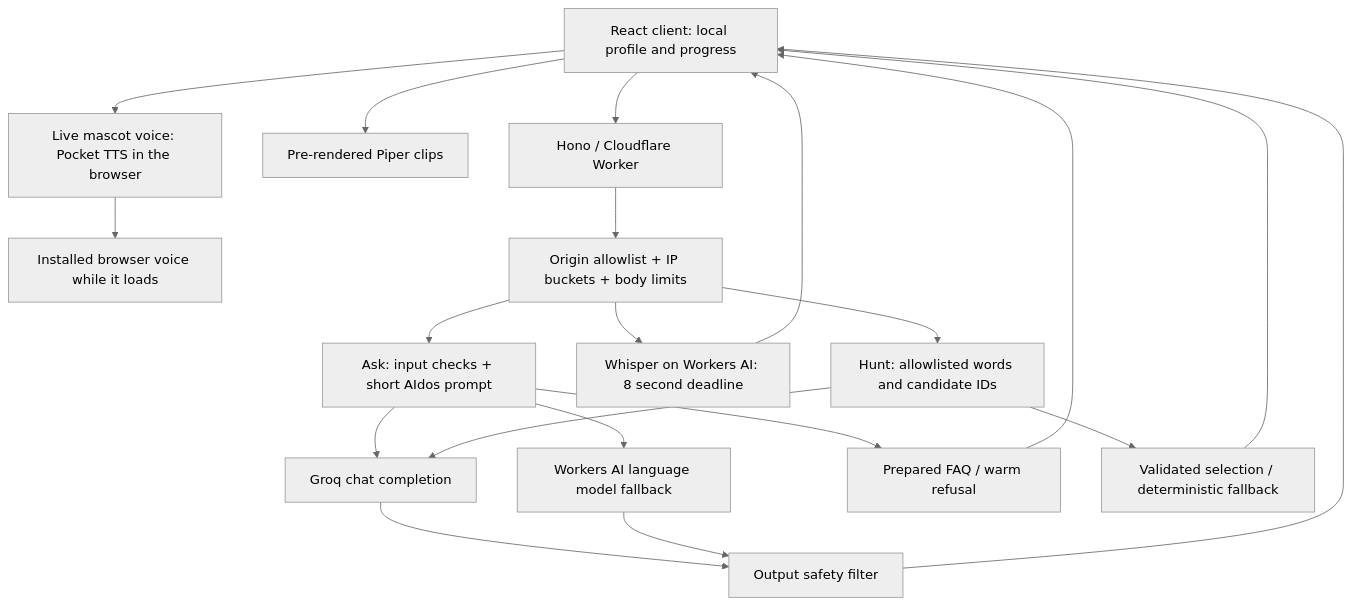
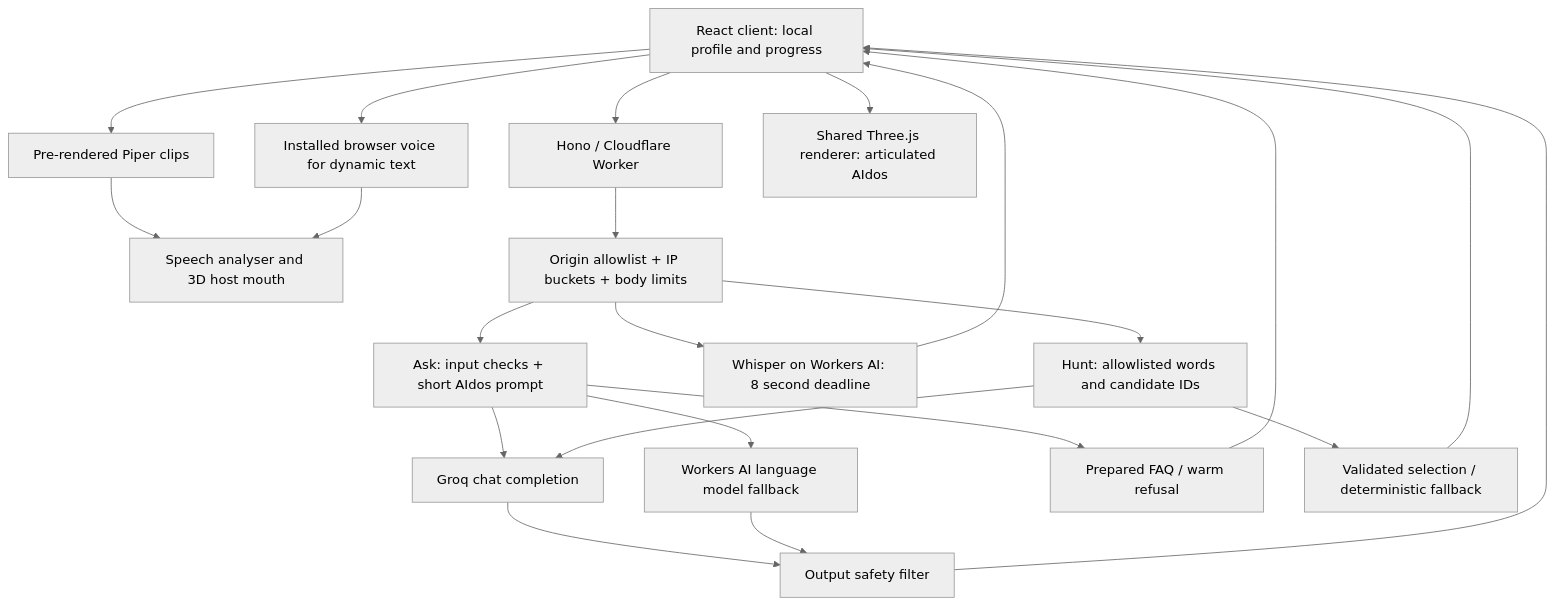
Before and after one commit to Tarlan2006/westcoded-business-cup: the diagram in docs/ARCHITECTURE.md, drawn with Mermaid (neutral theme). The commit also changed 30 other files, not shown here.

Commit message:
AIdos: add articulated 3D host and fix audio latency

````diff
--- a/docs/ARCHITECTURE.md
+++ b/docs/ARCHITECTURE.md
@@ -3,22 +3,24 @@
 ```mermaid
 flowchart TD
  Client[React client: local profile and progress] --> Worker[Hono / Cloudflare Worker]
  Client --> Clips[Pre-rendered Piper clips]
- Client --> Host[Live mascot voice: Pocket TTS in the browser]
- Host --> Speech[Installed browser voice while it loads]
+ Client --> Speech[Installed browser voice for dynamic text]
+ Clips --> Motion[Speech analyser and 3D host mouth]
+ Speech --> Motion
+ Client --> Host[Shared Three.js renderer: articulated AIdos]
  Worker --> Guard[Origin allowlist + IP buckets + body limits]
  Guard --> Ask[Ask: input checks + short AIdos prompt]
  Ask --> Groq[Groq chat completion]
  Ask --> AI[Workers AI language model fallback]
  Groq --> Filter[Output safety filter]
  AI --> Filter
  Filter --> Client
  Ask --> FAQ[Prepared FAQ / warm refusal]
  FAQ --> Client
  Guard --> STT[Whisper on Workers AI: 8 second deadline]
  STT --> Client
  Guard --> Hunt[Hunt: allowlisted words and candidate IDs]
  Hunt --> Groq
  Hunt --> Local[Validated selection / deterministic fallback]
  Local --> Client
 ```
````
